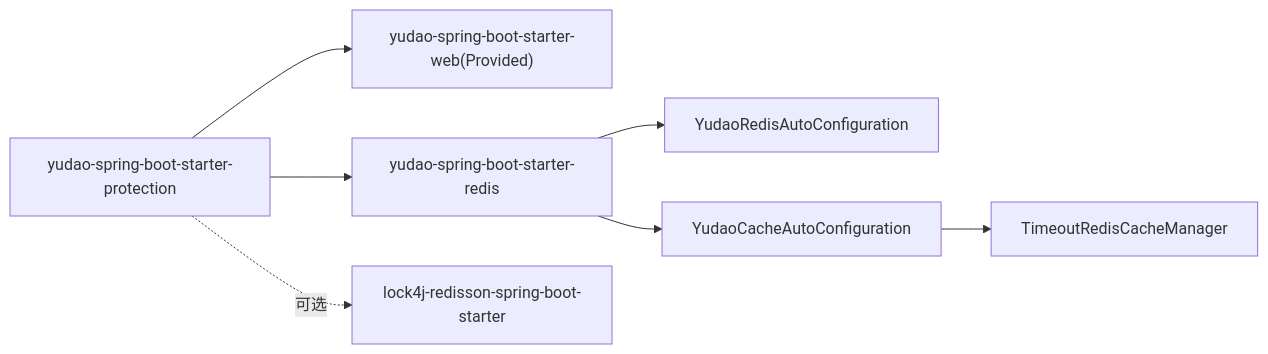
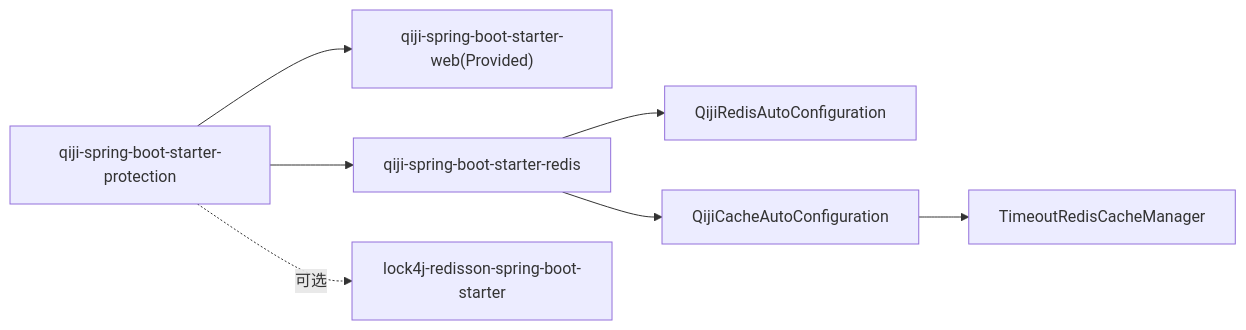
The sixth of 6 diagrams in backend/.qoder/repowiki/zh/content/安全与权限/API安全防护/请求频率限制.md (zhuangpengLI/AgenticCPS), drawn with Mermaid before and after one commit. The commit also changed other lines of this file and 3489 other files, not shown here.

````diff
--- a/backend/.qoder/repowiki/zh/content/安全与权限/API安全防护/请求频率限制.md
+++ b/backend/.qoder/repowiki/zh/content/安全与权限/API安全防护/请求频率限制.md
@@ -239,9 +239,9 @@
 ```mermaid
 graph LR
-P["yudao-spring-boot-starter-protection"] --> W["yudao-spring-boot-starter-web(Provided)"]
-P --> R["yudao-spring-boot-starter-redis"]
+P["qiji-spring-boot-starter-protection"] --> W["qiji-spring-boot-starter-web(Provided)"]
+P --> R["qiji-spring-boot-starter-redis"]
 P -.可选.-> L["lock4j-redisson-spring-boot-starter"]
-R --> RA["YudaoRedisAutoConfiguration"]
-R --> CA["YudaoCacheAutoConfiguration"]
+R --> RA["QijiRedisAutoConfiguration"]
+R --> CA["QijiCacheAutoConfiguration"]
 CA --> TM["TimeoutRedisCacheManager"]
 ```
````
